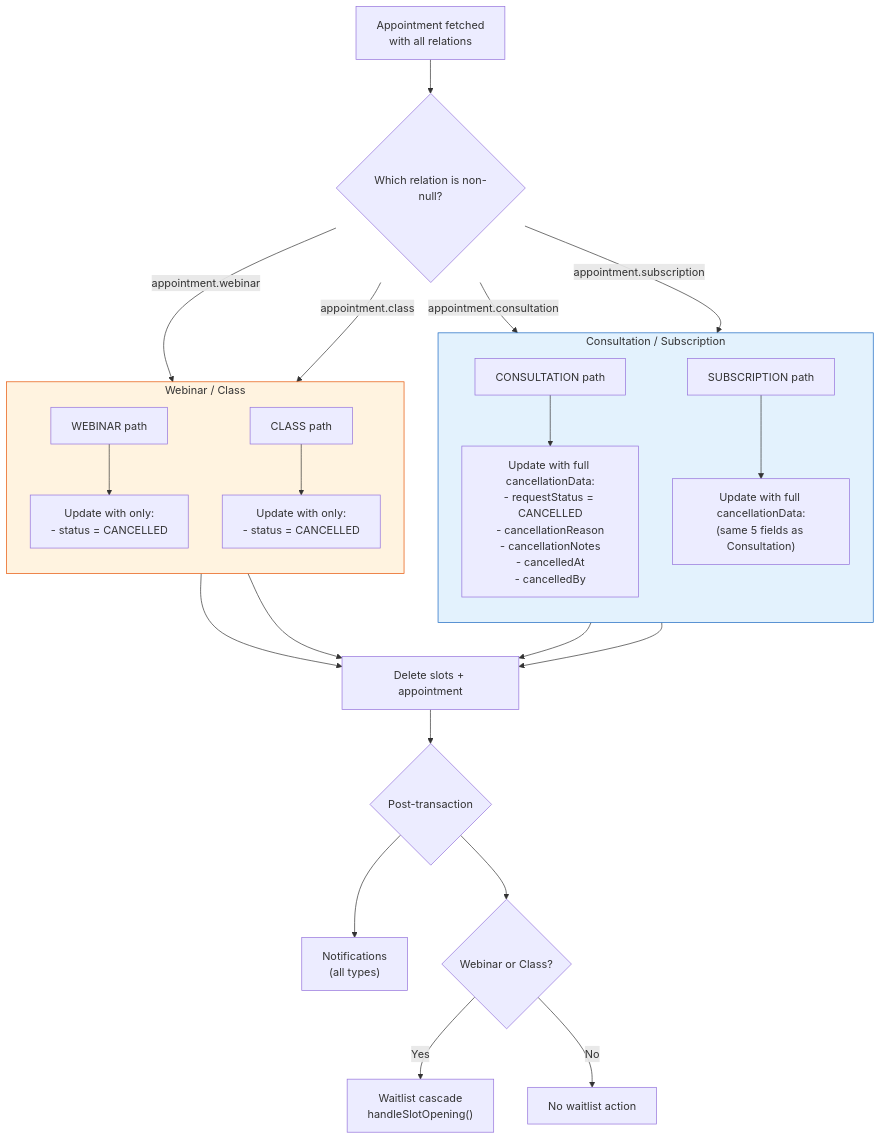
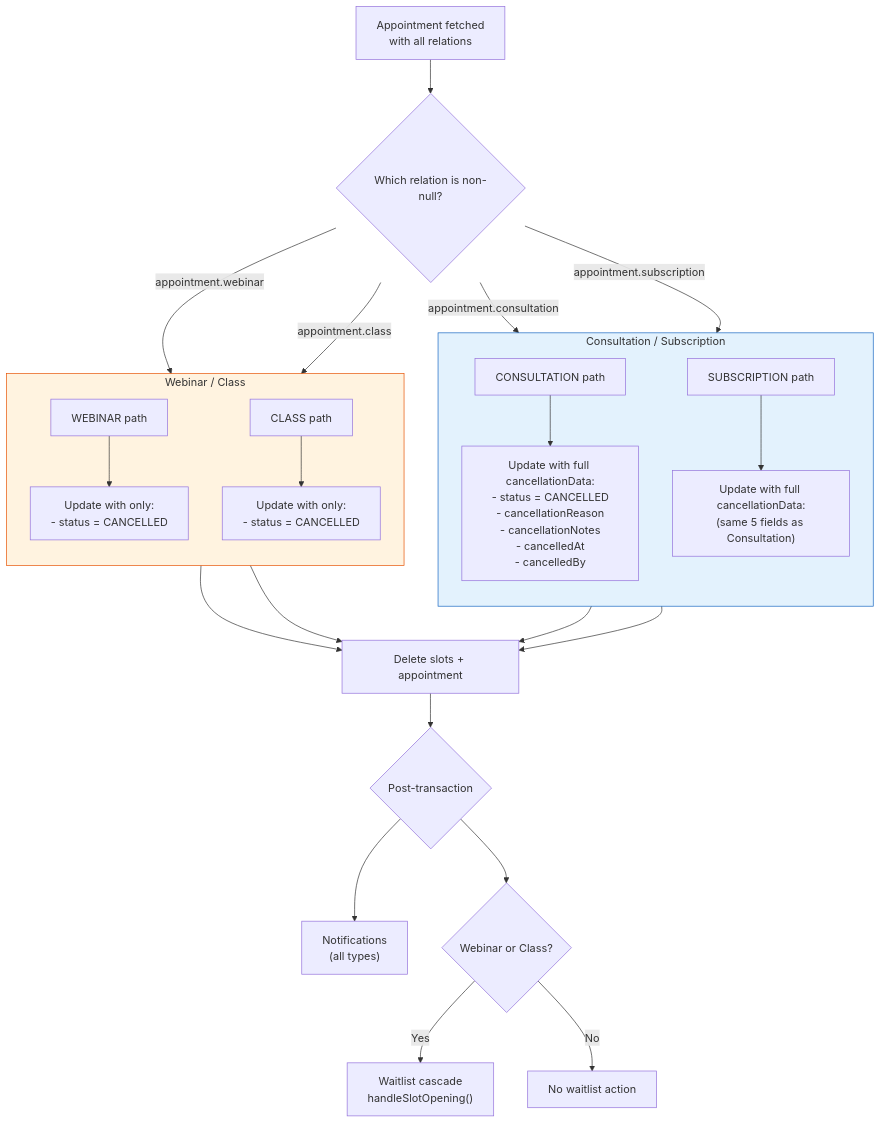
One commit to Practitionist/familiarise_web changed the sixth of 15 diagrams in docs/booking/08-cancellation-flow.md. Above: the diagram before and after it, drawn with Mermaid. The commit also changed other lines of this file and 56 other files, not shown here.

````diff
--- a/docs/booking/08-cancellation-flow.md
+++ b/docs/booking/08-cancellation-flow.md
@@ -579,35 +579,35 @@
 ```mermaid
 flowchart TD
     A["Appointment fetched\nwith all relations"] --> B{Which relation is non-null?}
 
     B -->|"appointment.consultation"| C["CONSULTATION path"]
     B -->|"appointment.subscription"| D["SUBSCRIPTION path"]
     B -->|"appointment.webinar"| E["WEBINAR path"]
     B -->|"appointment.class"| F["CLASS path"]
 
     subgraph Consultation["Consultation / Subscription"]
         direction TB
-        C --> C1["Update with full cancellationData:\n- requestStatus = CANCELLED\n- cancellationReason\n- cancellationNotes\n- cancelledAt\n- cancelledBy"]
+        C --> C1["Update with full cancellationData:\n- status = CANCELLED\n- cancellationReason\n- cancellationNotes\n- cancelledAt\n- cancelledBy"]
         D --> D1["Update with full cancellationData:\n(same 5 fields as Consultation)"]
     end
 
     subgraph GroupEvent["Webinar / Class"]
         direction TB
         E --> E1["Update with only:\n- status = CANCELLED"]
         F --> F1["Update with only:\n- status = CANCELLED"]
     end
 
     C1 --> G["Delete slots + appointment"]
     D1 --> G
     E1 --> G
     F1 --> G
 
     G --> H{Post-transaction}
     H --> I["Notifications\n(all types)"]
     H --> J{Webinar or Class?}
     J -->|Yes| K["Waitlist cascade\nhandleSlotOpening()"]
     J -->|No| L["No waitlist action"]
 
     style Consultation fill:#e3f2fd,stroke:#1565c0
     style GroupEvent fill:#fff3e0,stroke:#e65100
 ```
````
